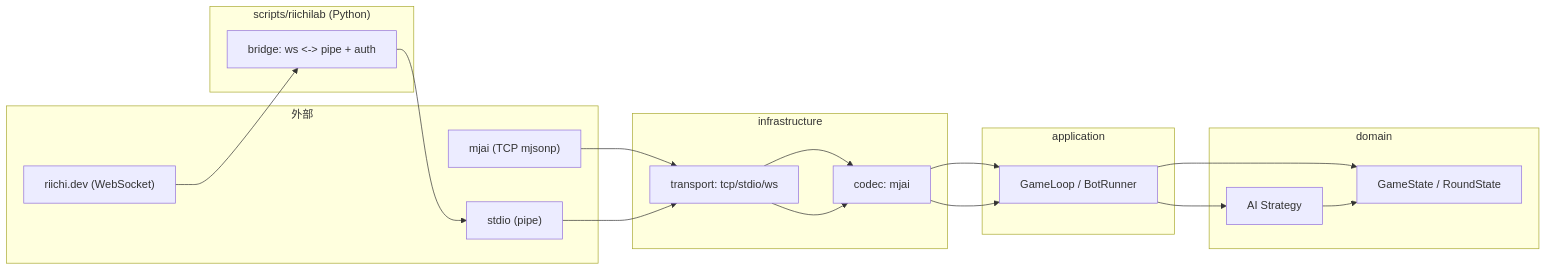
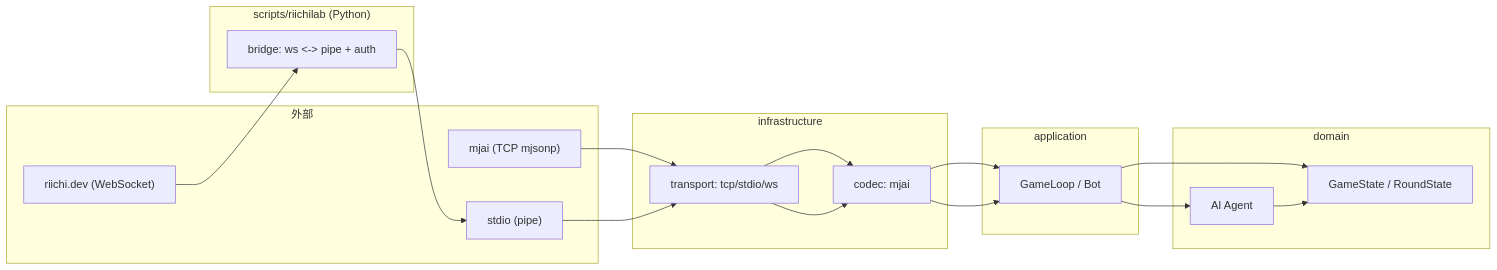
One commit to Apricot-S/mjai-manue-go changed the diagram in docs/design.md. Above: the diagram before and after it, drawn with Mermaid. The commit also changed other lines of this file, not shown here.

````diff
--- a/docs/design.md
+++ b/docs/design.md
@@ -61,32 +61,32 @@
 ```mermaid
 flowchart LR
   subgraph External["外部"]
     MJAI["mjai (TCP mjsonp)"]
     PIPE["stdio (pipe)"]
     RL["riichi.dev (WebSocket)"]
   end
 
   subgraph Infra["infrastructure"]
     T1["transport: tcp/stdio/ws"]
     C1["codec: mjai"]
   end
 
   subgraph Scripts["scripts/riichilab (Python)"]
     B1["bridge: ws <-> pipe + auth"]
   end
 
   subgraph App["application"]
-    U1["GameLoop / BotRunner"]
+    U1["GameLoop / Bot"]
   end
 
   subgraph Dom["domain"]
     D1["GameState / RoundState"]
-    D2["AI Strategy"]
+    D2["AI Agent"]
   end
 
   MJAI --> T1 --> C1 --> U1 --> D1
   PIPE --> T1 --> C1 --> U1
   RL --> B1 --> PIPE
   U1 --> D2
   D2 --> D1
 ```
````
